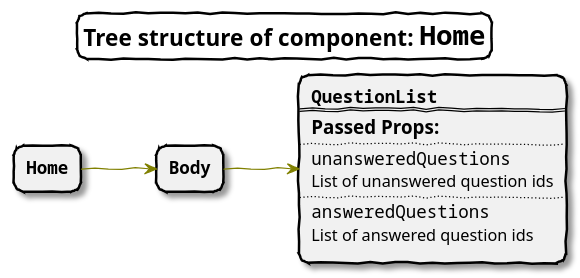
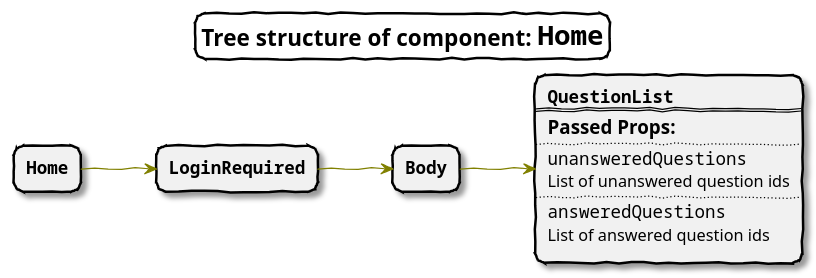
The eighth of 16 diagrams in docs/README.org (notetiene/reactnd-would-you-rather), drawn with PlantUML before and after one commit. The commit also changed other lines of this file and 2 other files, not shown here.

Commit message:
Add LoginRequired to the Home component

```diff
--- a/docs/README.org
+++ b/docs/README.org
@@ -538,35 +539,39 @@
 #+begin_src plantuml :file images/home_component_structure.png
   skinparam {
       titleBorderRoundCorner 15
       titleBorderThickness 2
       titleBorderColor black
       handwritten true
       shadowing true
       defaultMonospacedFontName Courier
       ArrowColor Olive
   }
 
   title =Tree structure of component: ""Home""
   left to right direction
 
   rectangle Home [
   ""**Home**""
   ]
+  rectangle LoginRequired [
+  ""**LoginRequired**""
+  ]
   rectangle Body [
   ""**Body**""
   ]
   rectangle QuestionList [
   ""**QuestionList**""
   ==
   === Passed Props:
   ..
   ""unansweredQuestions""
   <size:13>List of unanswered question ids
   ..
   ""answeredQuestions""
   <size:13>List of answered question ids
   ]
 
-  Home --> Body
+  Home --> LoginRequired
+  LoginRequired --> Body
   Body --> QuestionList
 #+end_src
```
